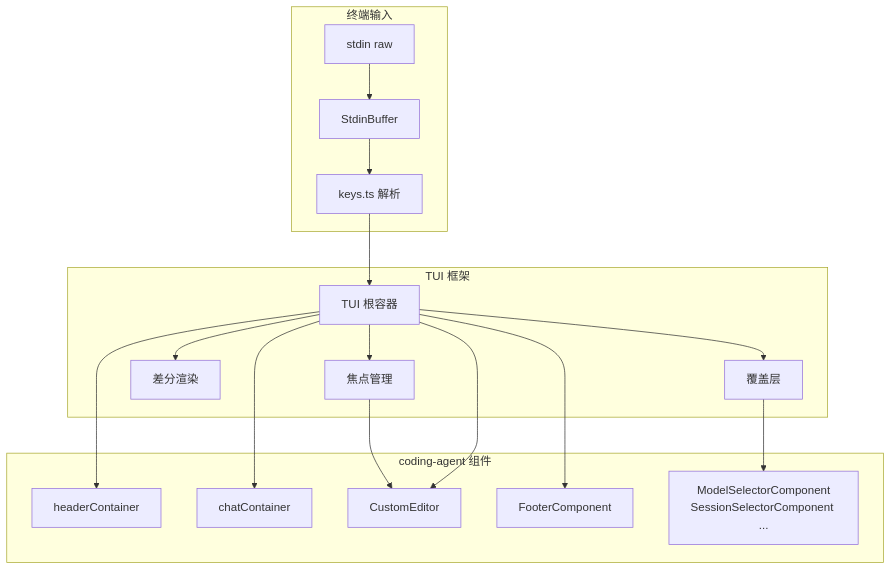
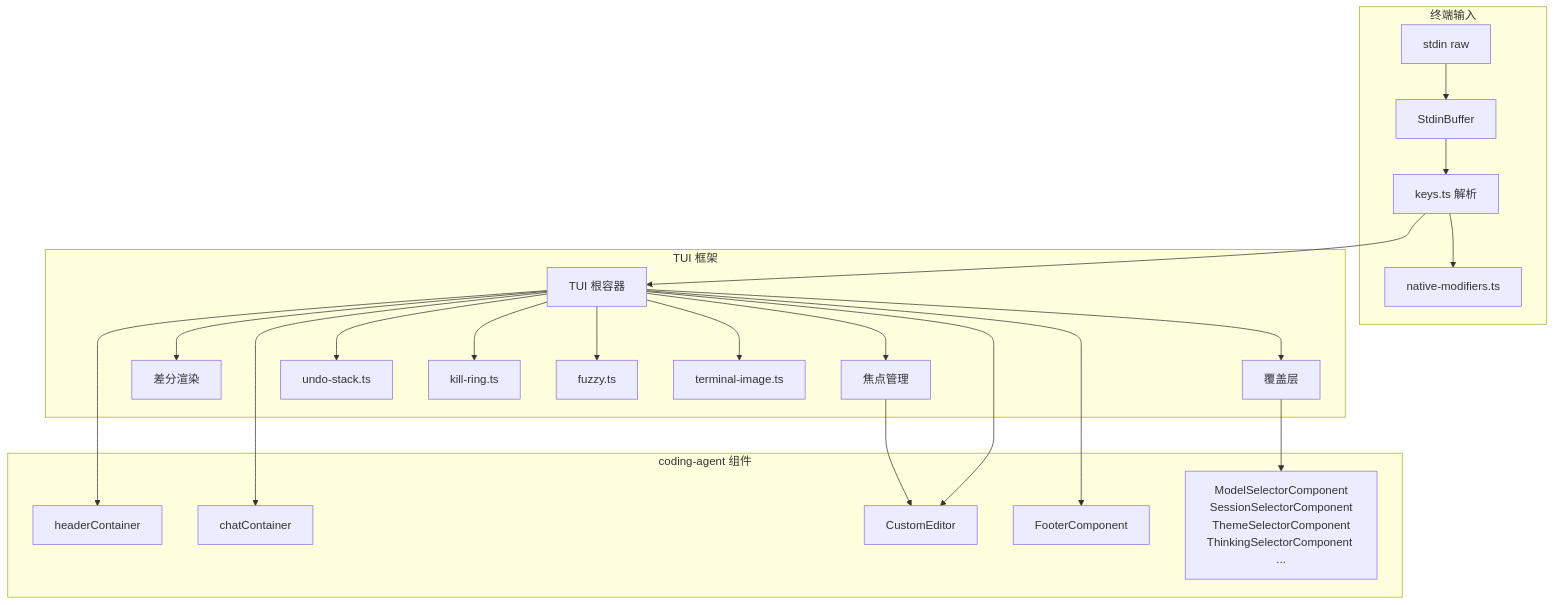
One commit to jefby/pi changed the sixth of 7 diagrams in docs/architecture.md. Above: the diagram before and after it, drawn with Mermaid. The commit also changed other lines of this file, not shown here.

Commit message:
docs: update architecture.md to reflect current codebase

````diff
--- a/docs/architecture.md
+++ b/docs/architecture.md
@@ -347,31 +372,38 @@
 ```mermaid
 flowchart TB
     subgraph Terminal["终端输入"]
         Stdin[stdin raw]
         Buffer[StdinBuffer]
         Keys[keys.ts 解析]
+        Native[native-modifiers.ts]
     end
 
     subgraph TUIFramework["TUI 框架"]
         TUI[TUI 根容器]
         Focus[焦点管理]
         Render[差分渲染]
         Overlay[覆盖层]
+        Undo[undo-stack.ts]
+        Kill[kill-ring.ts]
+        Fuzzy[fuzzy.ts]
+        Img[terminal-image.ts]
     end
 
     subgraph AppComponents["coding-agent 组件"]
         Header[headerContainer]
         Chat[chatContainer]
         Editor[CustomEditor]
         Footer[FooterComponent]
-        Selectors[ModelSelectorComponent<br/>SessionSelectorComponent ...]
+        Selectors[ModelSelectorComponent<br/>SessionSelectorComponent<br/>ThemeSelectorComponent<br/>ThinkingSelectorComponent ...]
     end
 
     Stdin --> Buffer --> Keys --> TUI
+    Keys --> Native
     TUI --> Focus
     Focus --> Editor
     TUI --> Render
     TUI --> Overlay
+    TUI --> Undo & Kill & Fuzzy & Img
     Overlay --> Selectors
     TUI --> Header & Chat & Editor & Footer
 ```
````
